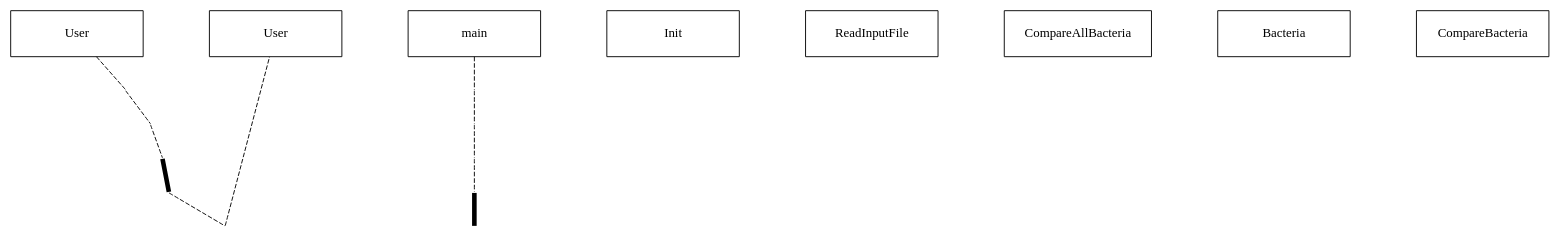
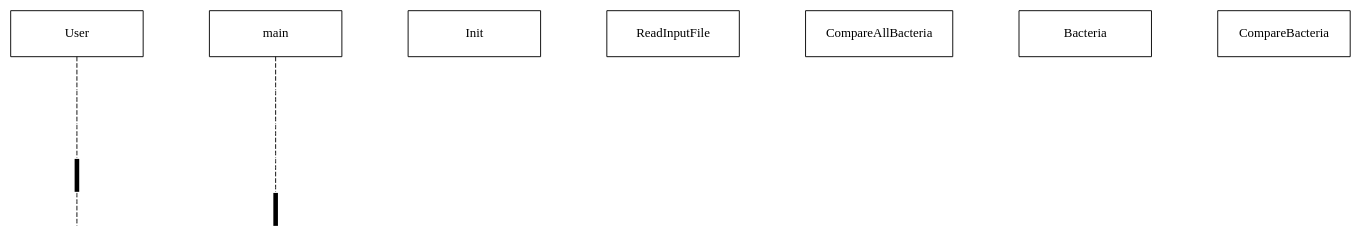
The diagram in Documentation/Report/Images/Diagrams/ImprovedSequence.dot (jamestkelly/CVTree-Parallelised), drawn with Graphviz before and after one commit. The commit also changed 1 other file, not shown here.

Commit message:
Added data dependency graph

```diff
--- a/Documentation/Report/Images/Diagrams/ImprovedSequence.dot
+++ b/Documentation/Report/Images/Diagrams/ImprovedSequence.dot
@@ -1,33 +1,32 @@
 digraph Improved_SequenceDiagram {
     graph [overlap = true, splines = line, nodesep = 1.0, ordering = out];
     edge [arrowhead = none];
     node [shape = none, width = 0; height = 0; label = ""];
 
     {
         rank = same;
         node [shape = rectangle, height = 0.7, width = 2];
         user[label = "User"];
-        user2[label = "User"];
+        user[label = "User"];
         main[label = "main"];
         init[label = "Init"];
         read[label = "ReadInputFile"];
         compareAll[label = "CompareAllBacteria"];
         bacteria[label = "Bacteria"];
         compare[label = "CompareBacteria"];
     }
 
     // Draw vertical lines
     {
         edge [style = dashed, weight = 6];
         user -> a1 -> a2 -> a3;
         a3 -> a4 [penwidth=5, style=solid];
         a4 -> a5;
-        a5 -> user2;
     }
 
     {
         edge [style=dashed, weight=6];
         main -> b1 -> b2 -> b3 -> b4;
         b4 -> b5 [penwidth=5; style=solid];
     }
 }
```
